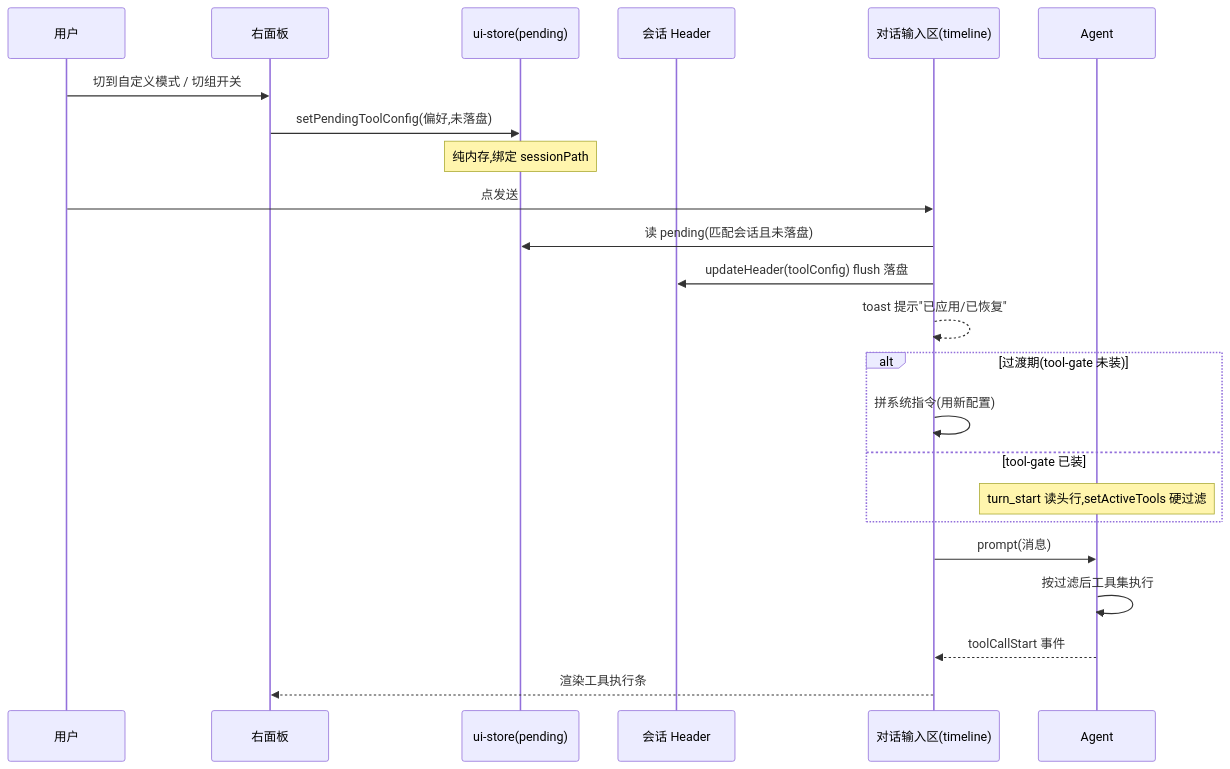
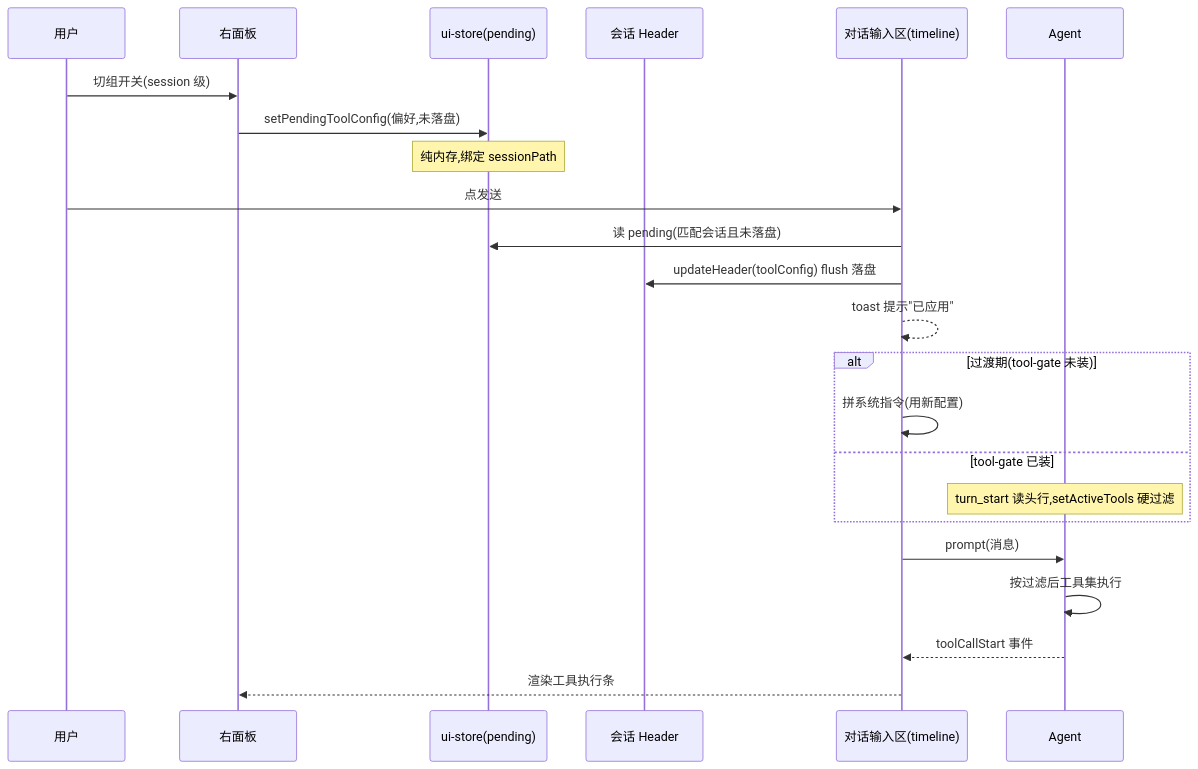
Before and after one commit to GOODDAYDAY/my-harness-desktop: the second of 2 diagrams in docs/design/tool-manager-design.md, drawn with Mermaid. The commit also changed other lines of this file and 15 other files, not shown here.

````diff
--- a/docs/design/tool-manager-design.md
+++ b/docs/design/tool-manager-design.md
@@ -563,26 +559,26 @@
 ```mermaid
 sequenceDiagram
     participant U as 用户
     participant R as 右面板
     participant S as ui-store(pending)
     participant H as 会话 Header
     participant P as 对话输入区(timeline)
     participant A as Agent
 
-    U->>R: 切到自定义模式 / 切组开关
+    U->>R: 切组开关(session 级)
     R->>S: setPendingToolConfig(偏好,未落盘)
     Note over S: 纯内存,绑定 sessionPath
     U->>P: 点发送
     P->>S: 读 pending(匹配会话且未落盘)
     P->>H: updateHeader(toolConfig) flush 落盘
-    P-->>P: toast 提示"已应用/已恢复"
+    P-->>P: toast 提示"已应用"
     alt 过渡期(tool-gate 未装)
         P->>P: 拼系统指令(用新配置)
     else tool-gate 已装
         Note over A: turn_start 读头行,setActiveTools 硬过滤
     end
     P->>A: prompt(消息)
     A->>A: 按过滤后工具集执行
     A-->>P: toolCallStart 事件
     P-->>R: 渲染工具执行条
 ```
````
